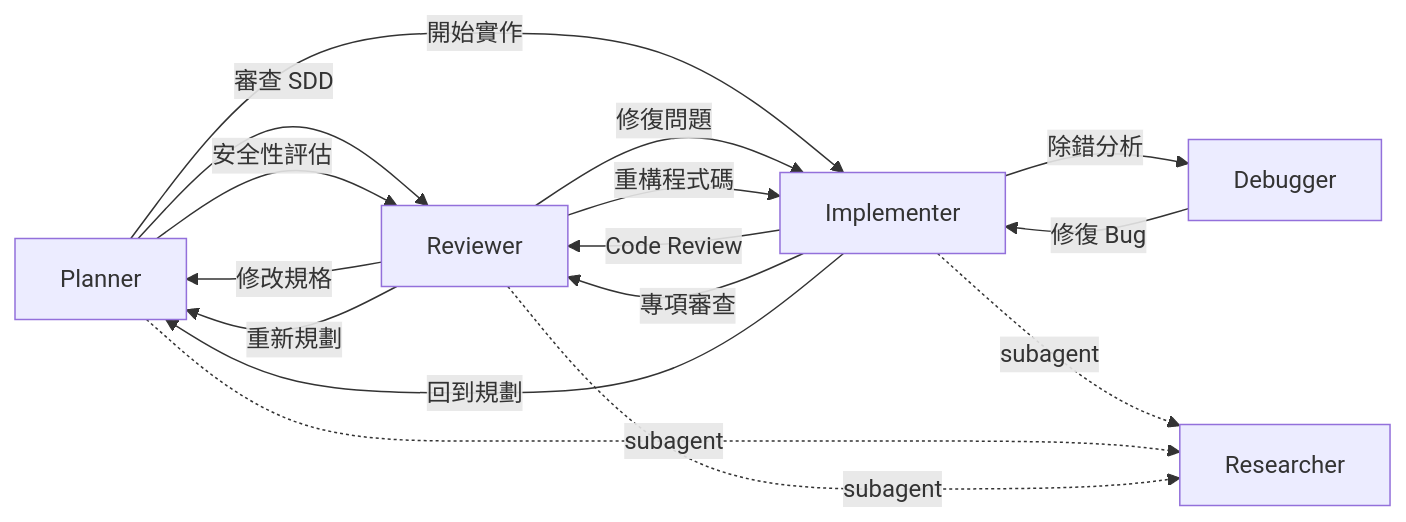
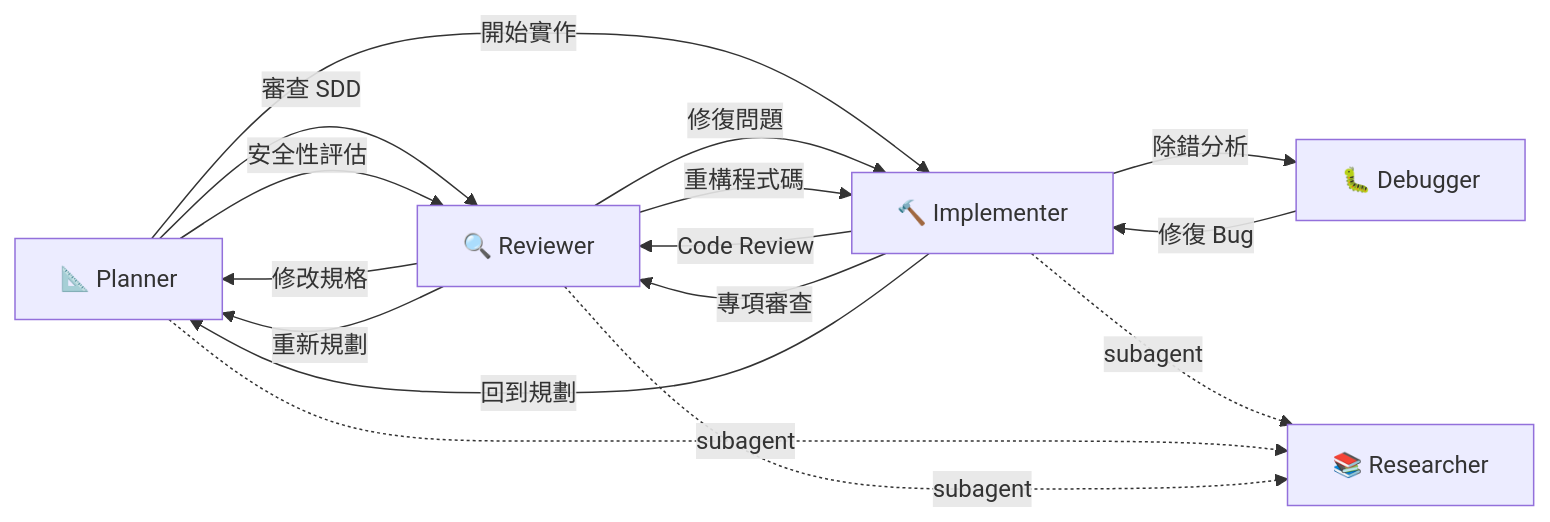
Before and after one commit to zexion7873/copilot-setting: the second of 2 diagrams in README.zh-TW.md, drawn with Mermaid. The commit also changed other lines of this file and 1 other file, not shown here.

Commit message:
docs(readme): add emoji icons to How It Works table and Agent Handoffs mermaid

````diff
--- a/README.zh-TW.md
+++ b/README.zh-TW.md
@@ -129,22 +129,22 @@
 ```mermaid
 flowchart LR
-    Planner -->|"審查 SDD"| Reviewer
+    Planner["📐 Planner"] -->|"審查 SDD"| Reviewer
     Planner -->|"開始實作"| Implementer
     Planner -->|"安全性評估"| Reviewer
 
-    Implementer -->|"Code Review"| Reviewer
+    Implementer["🔨 Implementer"] -->|"Code Review"| Reviewer
     Implementer -->|"專項審查"| Reviewer
     Implementer -->|"除錯分析"| Debugger
     Implementer -->|"回到規劃"| Planner
 
-    Reviewer -->|"修復問題"| Implementer
+    Reviewer["🔍 Reviewer"] -->|"修復問題"| Implementer
     Reviewer -->|"重構程式碼"| Implementer
     Reviewer -->|"修改規格"| Planner
     Reviewer -->|"重新規劃"| Planner
 
-    Debugger -->|"修復 Bug"| Implementer
+    Debugger["🐛 Debugger"] -->|"修復 Bug"| Implementer
 
-    Implementer -.->|"subagent"| Researcher
+    Implementer -.->|"subagent"| Researcher["📚 Researcher"]
     Planner -.->|"subagent"| Researcher
     Reviewer -.->|"subagent"| Researcher
 ```
````
